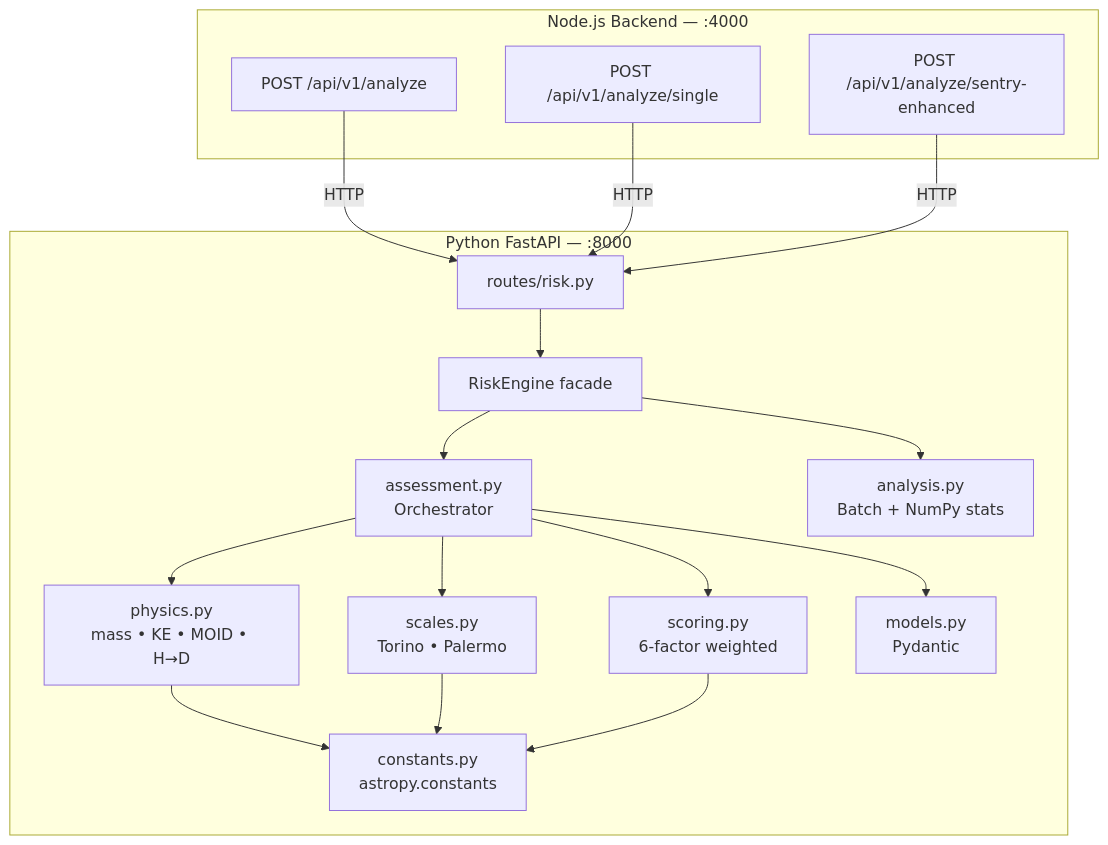
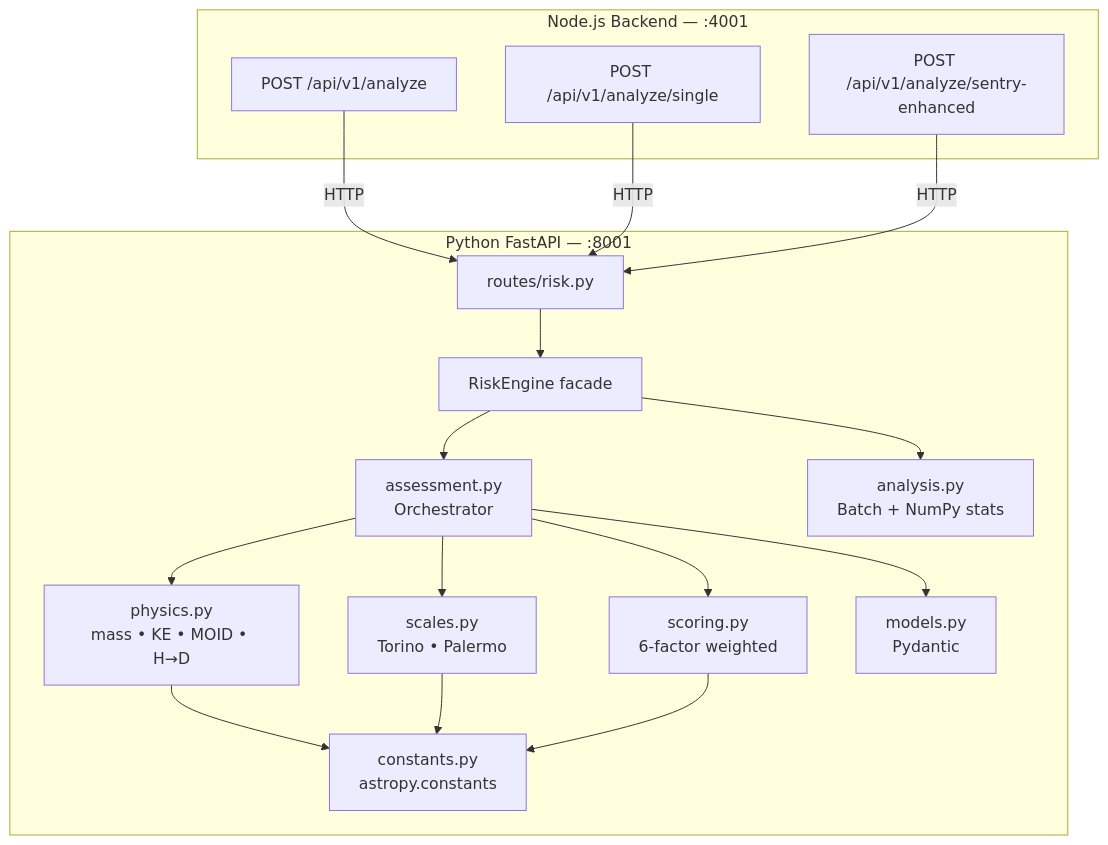
Before and after one commit to rudra-sah00/cosmic-watch-backend: the first of 3 diagrams in docs/RISK_ENGINE.md, drawn with Mermaid. The commit also changed other lines of this file and 8 other files, not shown here.

````diff
--- a/docs/RISK_ENGINE.md
+++ b/docs/RISK_ENGINE.md
@@ -11,25 +11,25 @@
 ```mermaid
 flowchart TB
-    subgraph Node["Node.js Backend — :4000"]
+    subgraph Node["Node.js Backend — :4001"]
         R1["POST /api/v1/analyze"]
         R2["POST /api/v1/analyze/single"]
         R3["POST /api/v1/analyze/sentry-enhanced"]
     end
 
     R1 & R2 & R3 -- "HTTP" --> MAIN
 
-    subgraph Python["Python FastAPI — :8000"]
+    subgraph Python["Python FastAPI — :8001"]
         MAIN["routes/risk.py"] --> ENGINE["RiskEngine facade"]
 
         ENGINE --> ASSESS["assessment.py<br/>Orchestrator"]
         ENGINE --> ANALYSIS["analysis.py<br/>Batch + NumPy stats"]
 
         ASSESS --> PHYS["physics.py<br/>mass • KE • MOID • H→D"]
         ASSESS --> SCALES["scales.py<br/>Torino • Palermo"]
         ASSESS --> SCORE["scoring.py<br/>6-factor weighted"]
 
         PHYS & SCALES & SCORE --> CONST["constants.py<br/>astropy.constants"]
 
         ASSESS --> MODELS["models.py<br/>Pydantic"]
     end
 ```
````
